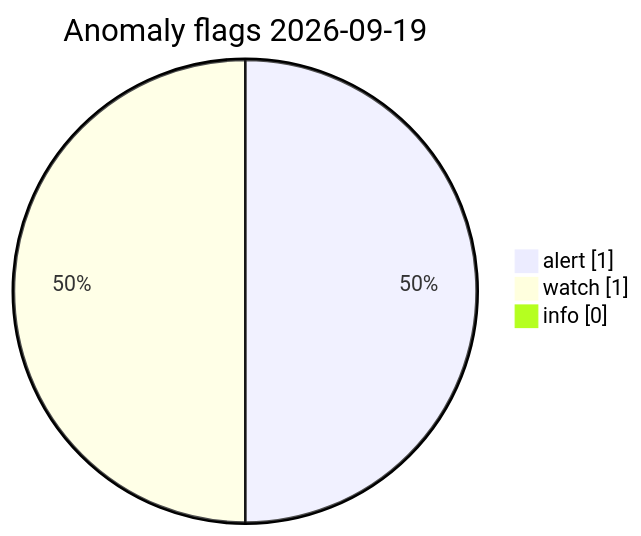
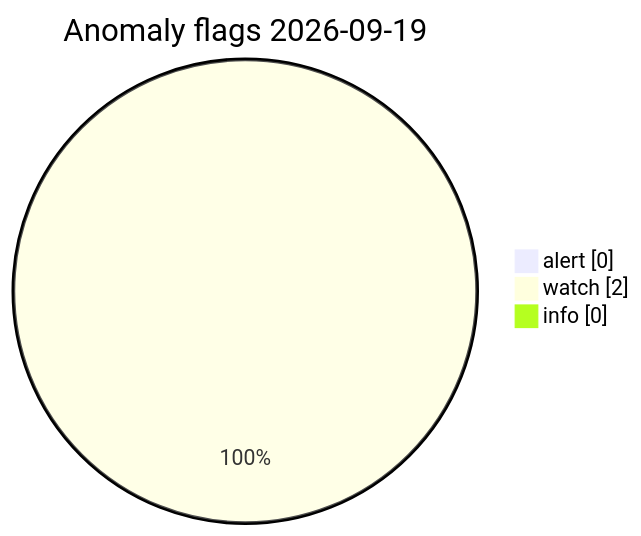
The diagram in visuals/2026-09-19/CHARTS.md (Midwest-Stratospheric/Unified-Open-Global-Weather), drawn with Mermaid before and after one commit. The commit also changed other lines of this file and 11 other files, not shown here.

Commit message:
data(visuals): automated charts 2026-09-19T13:16Z

````diff
--- a/visuals/2026-09-19/CHARTS.md
+++ b/visuals/2026-09-19/CHARTS.md
@@ -73,7 +73,7 @@
 ```mermaid
 pie showData
   title Anomaly flags 2026-09-19
-  "alert" : 1
-  "watch" : 1
+  "alert" : 0
+  "watch" : 2
   "info" : 0
 ```
````
